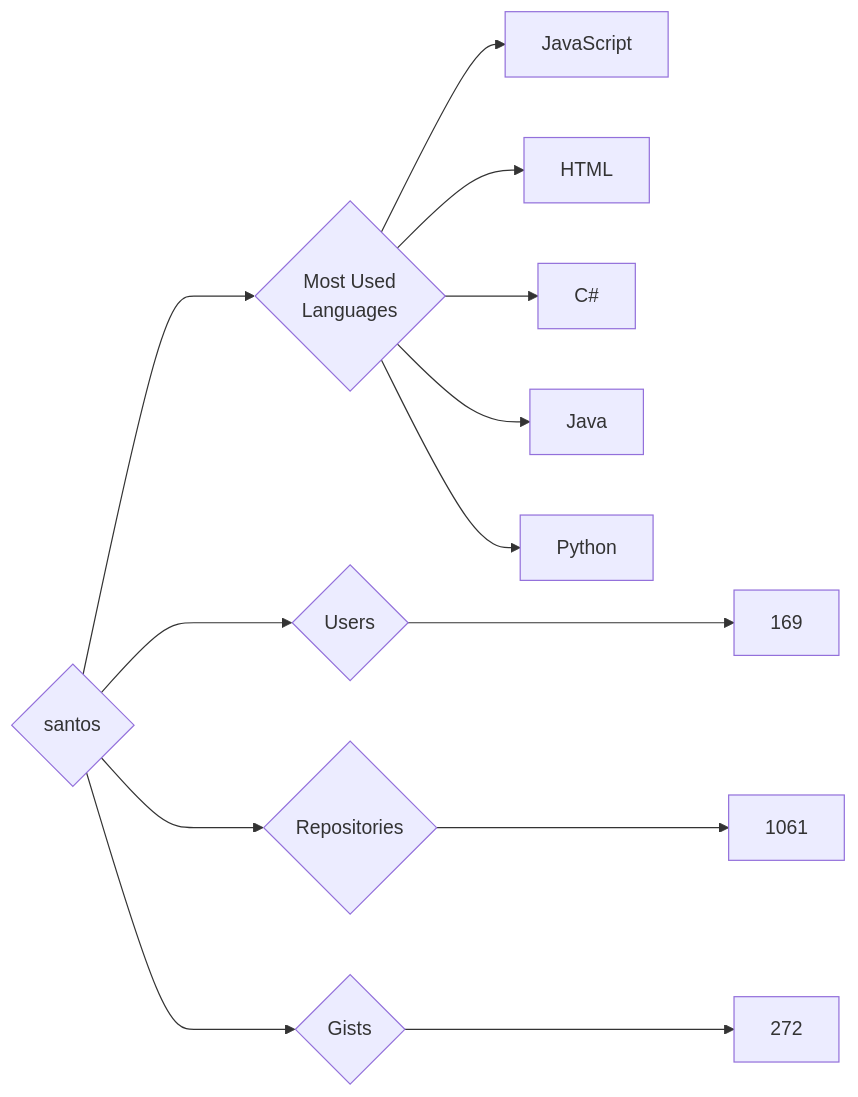
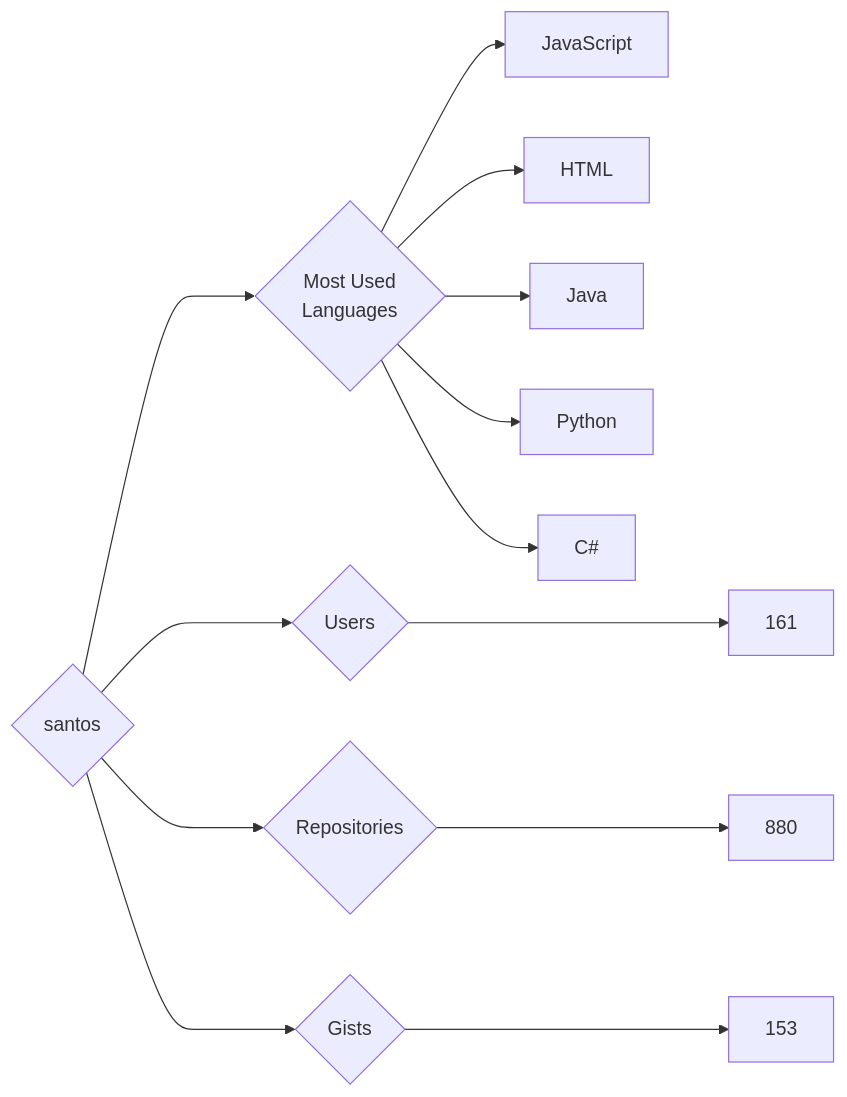
Before and after one commit to trickest/insiders: the diagram in targets/santos/README.md, drawn with Mermaid. The commit also changed 891 other files, not shown here.

````diff
--- a/targets/santos/README.md
+++ b/targets/santos/README.md
@@ -3,13 +3,13 @@
 ```mermaid
 graph LR
 COMPANY_NAME{santos}
-COMPANY_NAME ---> U{Users} ---> UN[169]
-COMPANY_NAME ---> R{Repositories} ---> RN[1061]
-COMPANY_NAME ---> G{Gists} ---> GN[272]
+COMPANY_NAME ---> U{Users} ---> UN[161]
+COMPANY_NAME ---> R{Repositories} ---> RN[880]
+COMPANY_NAME ---> G{Gists} ---> GN[153]
 COMPANY_NAME ---> ML{Most Used<br>Languages}
 ML --> JavaScript[JavaScript]
 ML --> HTML[HTML]
-ML --> C#[C#]
 ML --> Java[Java]
 ML --> Python[Python]
+ML --> C#[C#]
 ```
````
